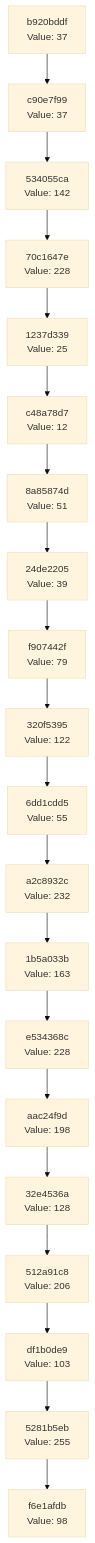
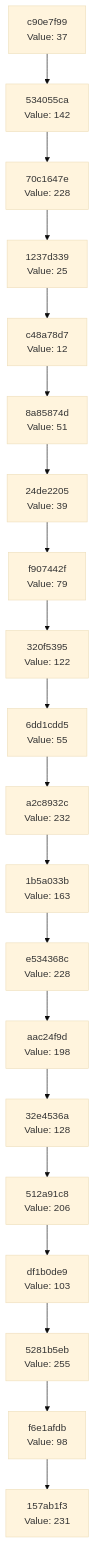
Before and after one commit to Abhisheksinha1506/hash-chain-evolver: the diagram in docs/CHAIN_VISUALIZATION.md, drawn with Mermaid (base theme). The commit also changed 3 other files, not shown here.

````diff
--- a/docs/CHAIN_VISUALIZATION.md
+++ b/docs/CHAIN_VISUALIZATION.md
@@ -3,42 +3,42 @@
 ```mermaid
 graph TD
-    C0["f6e1afdb<br/>Value: 98"]
-    C1["5281b5eb<br/>Value: 255"]
+    C0["157ab1f3<br/>Value: 231"]
+    C1["f6e1afdb<br/>Value: 98"]
     C1 --> C0
-    C2["df1b0de9<br/>Value: 103"]
+    C2["5281b5eb<br/>Value: 255"]
     C2 --> C1
-    C3["512a91c8<br/>Value: 206"]
+    C3["df1b0de9<br/>Value: 103"]
     C3 --> C2
-    C4["32e4536a<br/>Value: 128"]
+    C4["512a91c8<br/>Value: 206"]
     C4 --> C3
-    C5["aac24f9d<br/>Value: 198"]
+    C5["32e4536a<br/>Value: 128"]
     C5 --> C4
-    C6["e534368c<br/>Value: 228"]
+    C6["aac24f9d<br/>Value: 198"]
     C6 --> C5
-    C7["1b5a033b<br/>Value: 163"]
+    C7["e534368c<br/>Value: 228"]
     C7 --> C6
-    C8["a2c8932c<br/>Value: 232"]
+    C8["1b5a033b<br/>Value: 163"]
     C8 --> C7
-    C9["6dd1cdd5<br/>Value: 55"]
+    C9["a2c8932c<br/>Value: 232"]
     C9 --> C8
-    C10["320f5395<br/>Value: 122"]
+    C10["6dd1cdd5<br/>Value: 55"]
     C10 --> C9
-    C11["f907442f<br/>Value: 79"]
+    C11["320f5395<br/>Value: 122"]
     C11 --> C10
-    C12["24de2205<br/>Value: 39"]
+    C12["f907442f<br/>Value: 79"]
     C12 --> C11
-    C13["8a85874d<br/>Value: 51"]
+    C13["24de2205<br/>Value: 39"]
     C13 --> C12
-    C14["c48a78d7<br/>Value: 12"]
+    C14["8a85874d<br/>Value: 51"]
     C14 --> C13
-    C15["1237d339<br/>Value: 25"]
+    C15["c48a78d7<br/>Value: 12"]
     C15 --> C14
-    C16["70c1647e<br/>Value: 228"]
+    C16["1237d339<br/>Value: 25"]
     C16 --> C15
-    C17["534055ca<br/>Value: 142"]
+    C17["70c1647e<br/>Value: 228"]
     C17 --> C16
-    C18["c90e7f99<br/>Value: 37"]
+    C18["534055ca<br/>Value: 142"]
     C18 --> C17
-    C19["b920bddf<br/>Value: 37"]
+    C19["c90e7f99<br/>Value: 37"]
     C19 --> C18
 ```
````
